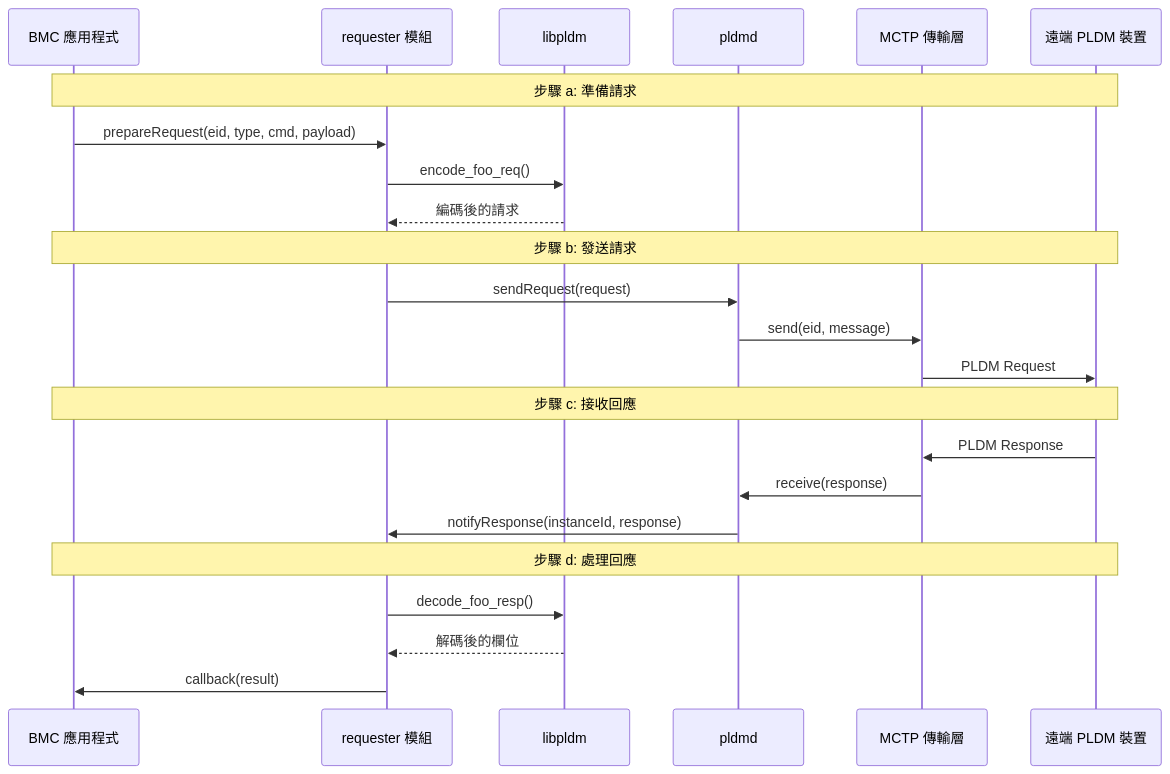
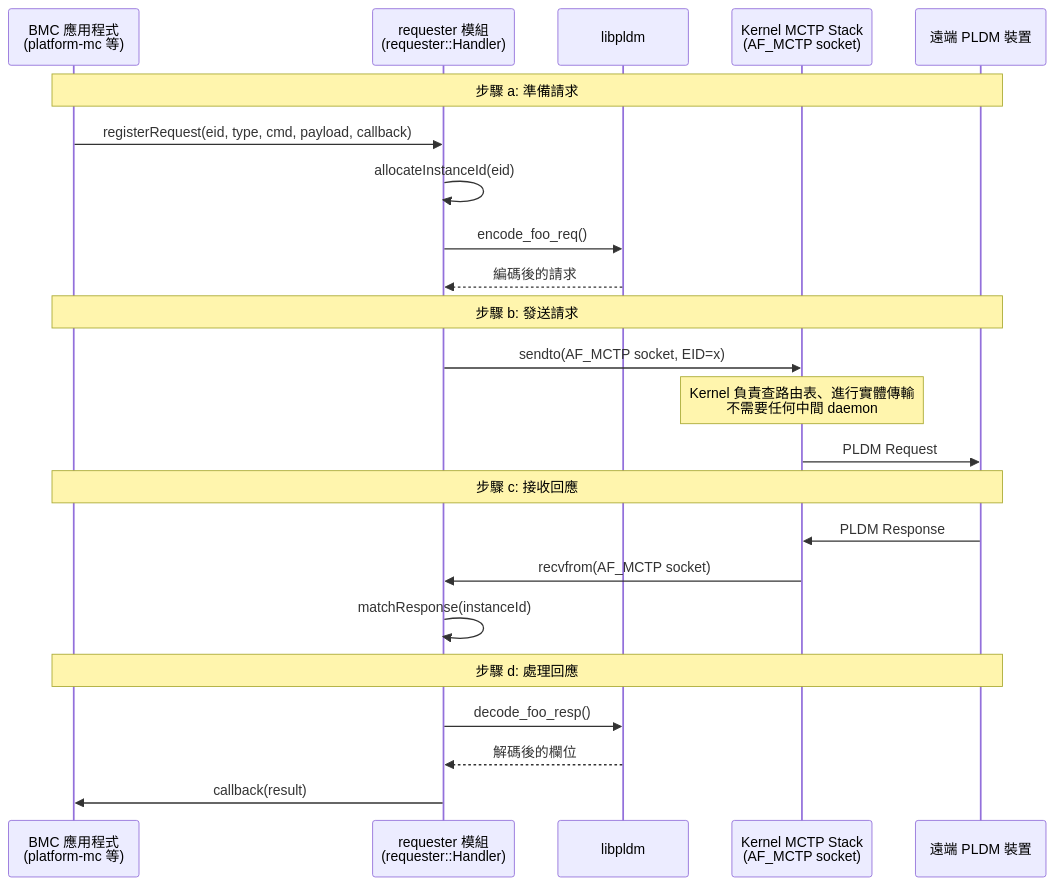
One commit to chilung-cgu/bmc-firmware-knowledge-base changed the second of 5 diagrams in pldm/CodeFlows.md. Above: the diagram before and after it, drawn with Mermaid. The commit also changed other lines of this file and 4 other files, not shown here.

First line of the commit message:
docs(pldm): 修正 mctpd/mctp-demux 架構混淆與流程圖

````diff
--- a/pldm/CodeFlows.md
+++ b/pldm/CodeFlows.md
@@ -161,29 +162,29 @@
 ```mermaid
 sequenceDiagram
-    participant App as BMC 應用程式
-    participant Req as requester 模組
+    participant App as BMC 應用程式<br/>(platform-mc 等)
+    participant Req as requester 模組<br/>(requester::Handler)
     participant libpldm as libpldm
-    participant pldmd as pldmd
-    participant MCTP as MCTP 傳輸層
+    participant KernelMCTP as Kernel MCTP Stack<br/>(AF_MCTP socket)
     participant Remote as 遠端 PLDM 裝置
 
     Note over App,Remote: 步驟 a: 準備請求
-    App->>Req: prepareRequest(eid, type, cmd, payload)
+    App->>Req: registerRequest(eid, type, cmd, payload, callback)
+    Req->>Req: allocateInstanceId(eid)
     Req->>libpldm: encode_foo_req()
     libpldm-->>Req: 編碼後的請求
 
     Note over App,Remote: 步驟 b: 發送請求
-    Req->>pldmd: sendRequest(request)
-    pldmd->>MCTP: send(eid, message)
-    MCTP->>Remote: PLDM Request
+    Req->>KernelMCTP: sendto(AF_MCTP socket, EID=x)
+    Note over KernelMCTP: Kernel 負責查路由表、進行實體傳輸<br/>不需要任何中間 daemon
+    KernelMCTP->>Remote: PLDM Request
 
     Note over App,Remote: 步驟 c: 接收回應
-    Remote->>MCTP: PLDM Response
-    MCTP->>pldmd: receive(response)
-    pldmd->>Req: notifyResponse(instanceId, response)
+    Remote->>KernelMCTP: PLDM Response
+    KernelMCTP->>Req: recvfrom(AF_MCTP socket)
+    Req->>Req: matchResponse(instanceId)
 
     Note over App,Remote: 步驟 d: 處理回應
     Req->>libpldm: decode_foo_resp()
     libpldm-->>Req: 解碼後的欄位
     Req->>App: callback(result)
 ```
````
